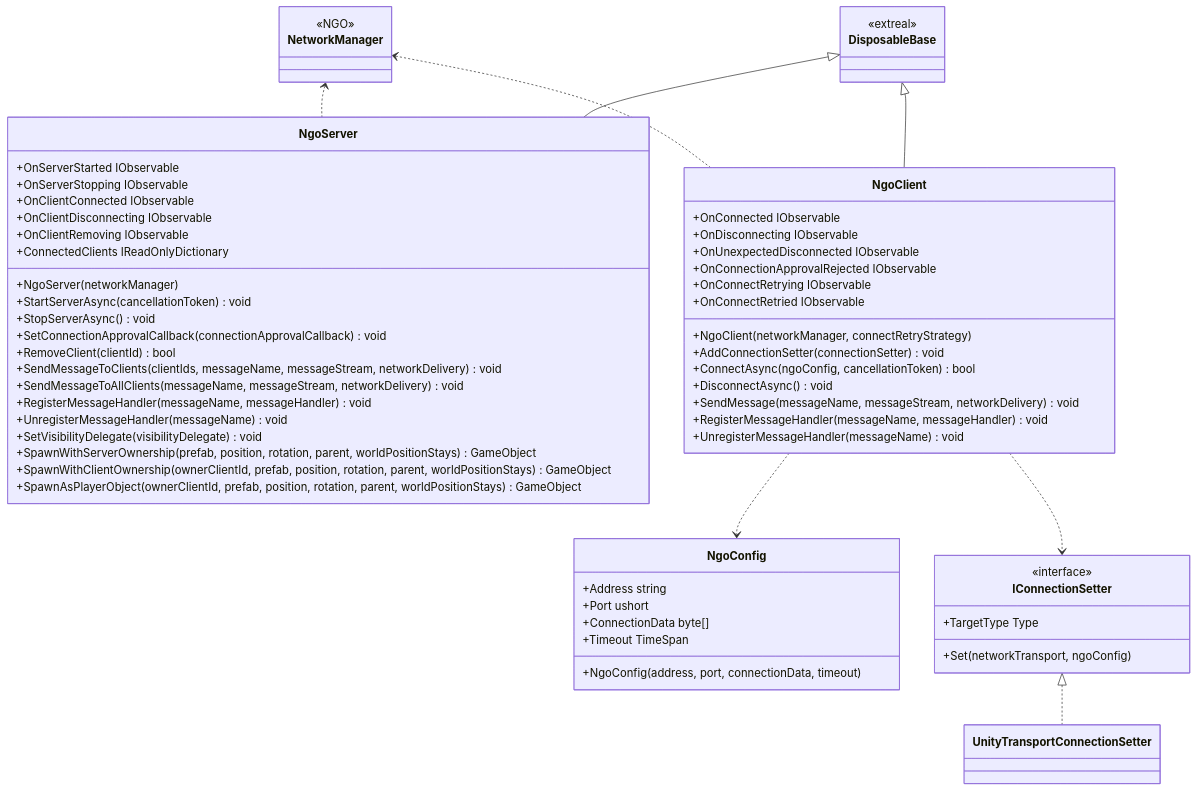
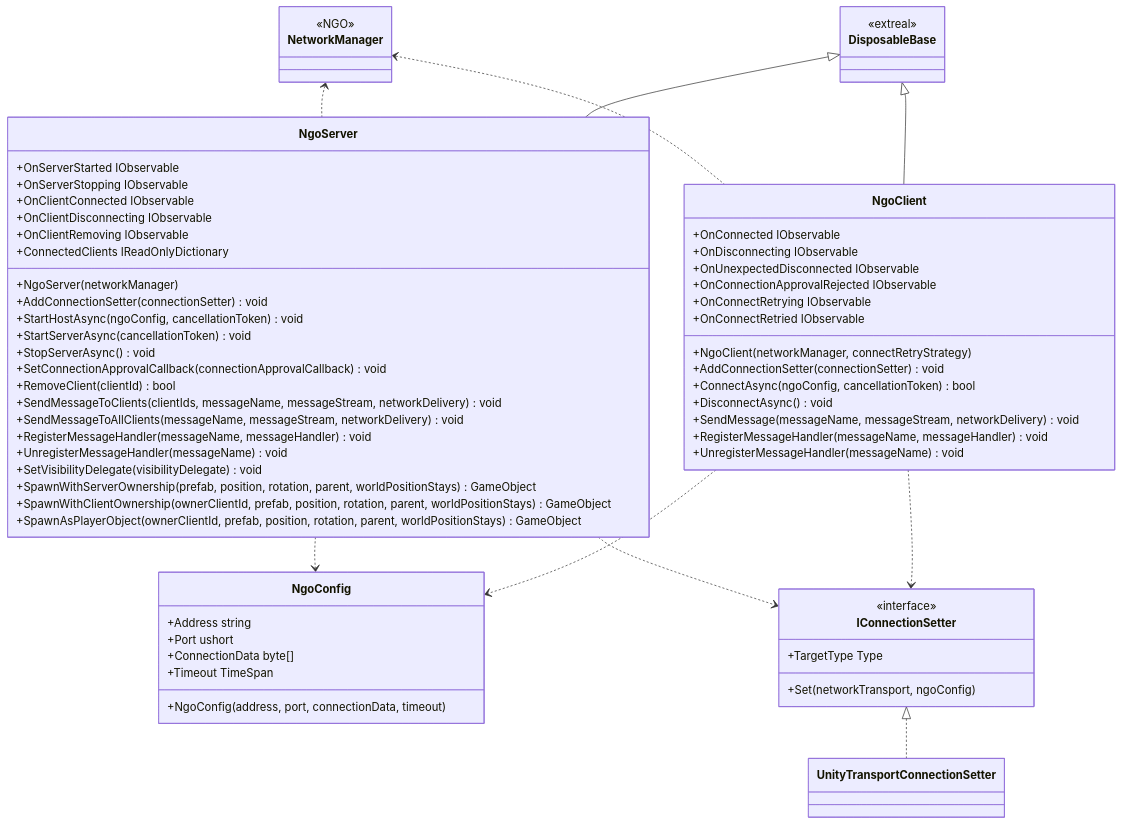
One commit to extreal-dev/Extreal.Guide changed the first of 3 diagrams in docs/integration/multiplay.ngo.md. Above: the diagram before and after it, drawn with Mermaid. The commit also changed other lines of this file and 34 other files, not shown here.

````diff
--- a/docs/integration/multiplay.ngo.md
+++ b/docs/integration/multiplay.ngo.md
@@ -69,74 +54,78 @@
 ```mermaid
 classDiagram
 
     NetworkManager <.. NgoServer
     NetworkManager <.. NgoClient
+    NgoServer ..> NgoConfig
     NgoClient ..> NgoConfig
+    NgoServer ..> IConnectionSetter
     NgoClient ..> IConnectionSetter
     IConnectionSetter <|.. UnityTransportConnectionSetter
     DisposableBase <|-- NgoServer
     DisposableBase <|-- NgoClient
 
     class NetworkManager {
         <<NGO>>
     }
 
     class NgoServer {
         +OnServerStarted IObservable
         +OnServerStopping IObservable
         +OnClientConnected IObservable
         +OnClientDisconnecting IObservable
         +OnClientRemoving IObservable
         +ConnectedClients IReadOnlyDictionary
         +NgoServer(networkManager)
+        +AddConnectionSetter(connectionSetter) void
+        +StartHostAsync(ngoConfig, cancellationToken) void
         +StartServerAsync(cancellationToken) void
         +StopServerAsync() void
         +SetConnectionApprovalCallback(connectionApprovalCallback) void
         +RemoveClient(clientId) bool
         +SendMessageToClients(clientIds, messageName, messageStream, networkDelivery) void
         +SendMessageToAllClients(messageName, messageStream, networkDelivery) void
         +RegisterMessageHandler(messageName, messageHandler) void
         +UnregisterMessageHandler(messageName) void
         +SetVisibilityDelegate(visibilityDelegate) void
         +SpawnWithServerOwnership(prefab, position, rotation, parent, worldPositionStays) GameObject
         +SpawnWithClientOwnership(ownerClientId, prefab, position, rotation, parent, worldPositionStays) GameObject
         +SpawnAsPlayerObject(ownerClientId, prefab, position, rotation, parent, worldPositionStays) GameObject
     }
 
     class NgoClient {
         +OnConnected IObservable
         +OnDisconnecting IObservable
         +OnUnexpectedDisconnected IObservable
         +OnConnectionApprovalRejected IObservable
         +OnConnectRetrying IObservable
         +OnConnectRetried IObservable
         +NgoClient(networkManager, connectRetryStrategy)
         +AddConnectionSetter(connectionSetter) void
         +ConnectAsync(ngoConfig, cancellationToken) bool
         +DisconnectAsync() void
         +SendMessage(messageName, messageStream, networkDelivery) void
         +RegisterMessageHandler(messageName, messageHandler) void
         +UnregisterMessageHandler(messageName) void
     }
 
     class NgoConfig {
         +Address string
         +Port ushort
         +ConnectionData byte[]
         +Timeout TimeSpan
         +NgoConfig(address, port, connectionData, timeout)
     }
 
     class IConnectionSetter {
         <<interface>>
         +TargetType Type
         +Set(networkTransport, ngoConfig)
     }
 
     class UnityTransportConnectionSetter {
     }
 
     class DisposableBase {
         <<extreal>>
     }
 ```
````
